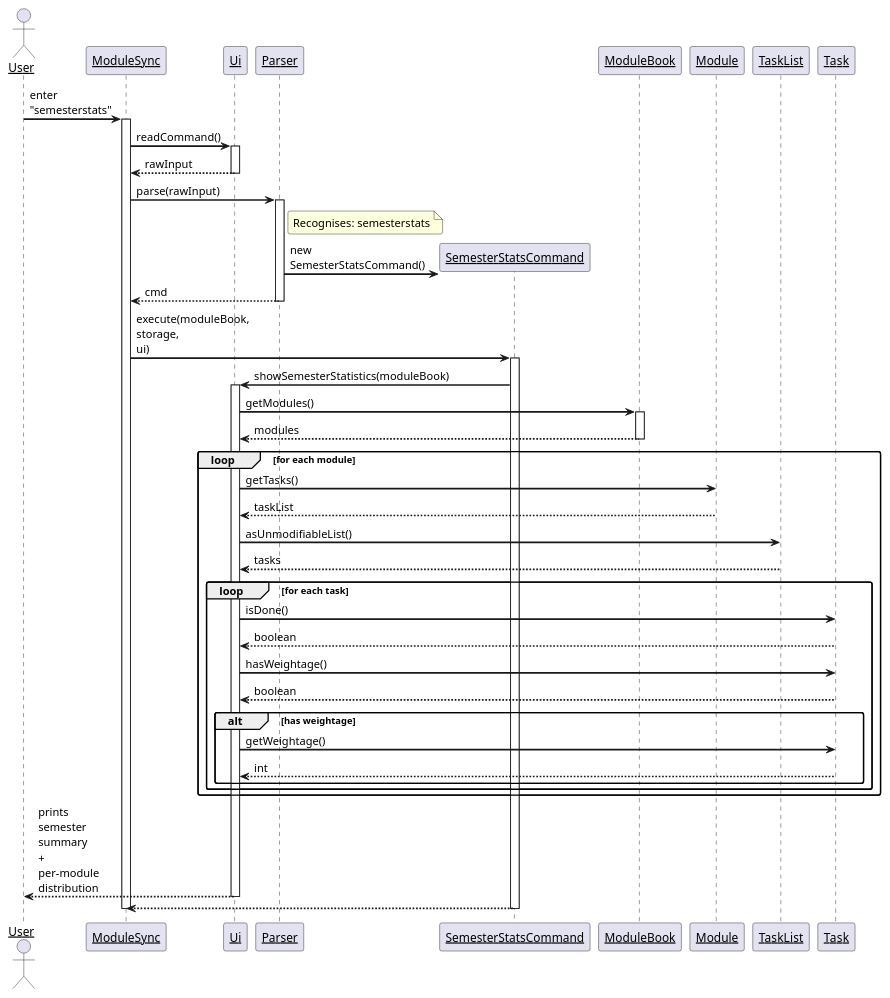
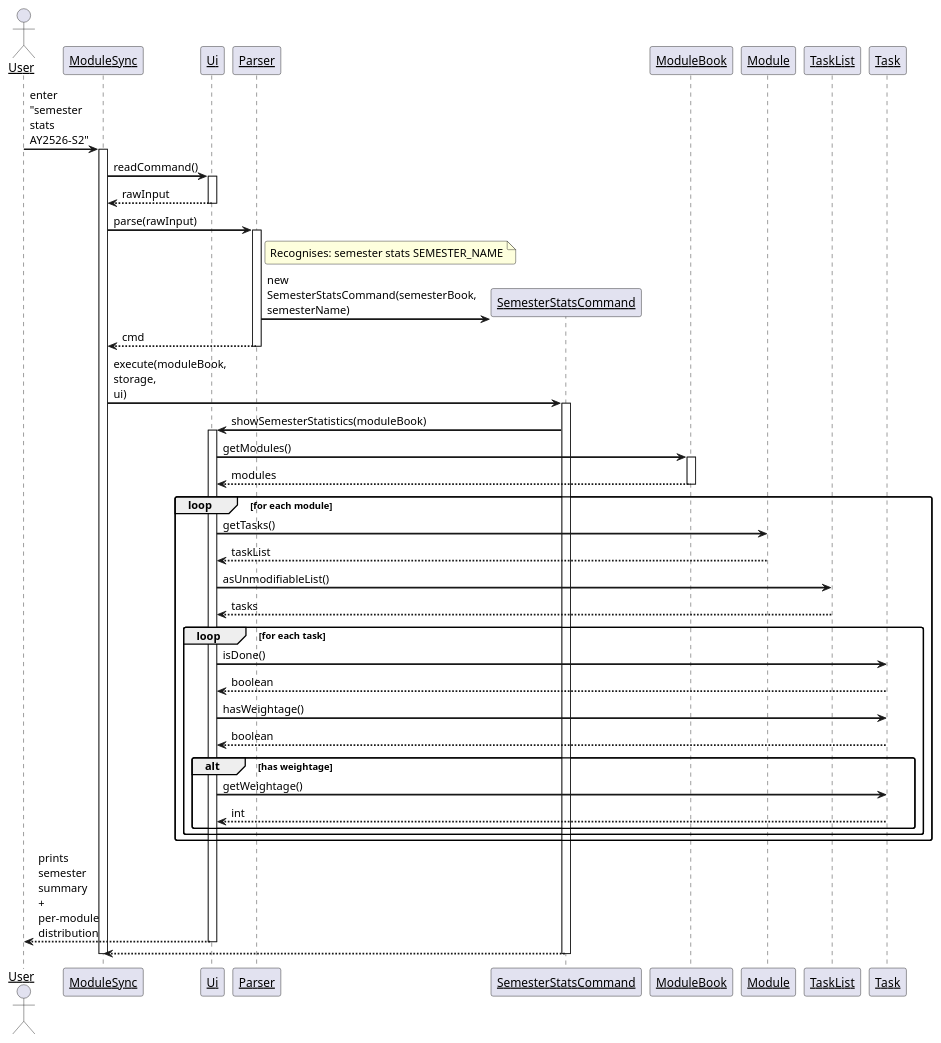
The diagram in docs/diagrams/SemesterStatsSequenceDiagram.puml (heeelol/tp), drawn with PlantUML before and after one commit. The commit also changed 13 other files, not shown here.

Commit message:
updated module list and semester stats command and added archive and unarchive for semesters

```diff
--- a/docs/diagrams/SemesterStatsSequenceDiagram.puml
+++ b/docs/diagrams/SemesterStatsSequenceDiagram.puml
@@ -1,75 +1,75 @@
 @startuml SemesterStatsSequenceDiagram
 
 skinparam sequenceArrowThickness 2
 skinparam roundcorner 5
 skinparam maxmessagesize 60
 skinparam sequenceParticipant underline
 
 Actor User as user
 Participant "ModuleSync" as app
 Participant "Ui" as ui
 Participant "Parser" as parser
 Participant "SemesterStatsCommand" as cmd
 Participant "ModuleBook" as moduleBook
 Participant "Module" as module
 Participant "TaskList" as taskList
 Participant "Task" as task
 
-user -> app : enter "semesterstats"
+user -> app : enter "semester stats AY2526-S2"
 activate app
 
 app -> ui : readCommand()
 activate ui
 ui --> app : rawInput
 deactivate ui
 
 app -> parser : parse(rawInput)
 activate parser
 
 note right of parser
-  Recognises: semesterstats
+  Recognises: semester stats SEMESTER_NAME
 end note
 
 create cmd
-parser -> cmd : new SemesterStatsCommand()
+parser -> cmd : new SemesterStatsCommand(semesterBook, semesterName)
 parser --> app : cmd
 deactivate parser
 
 app -> cmd : execute(moduleBook, storage, ui)
 activate cmd
 
 cmd -> ui : showSemesterStatistics(moduleBook)
 activate ui
 
 ui -> moduleBook : getModules()
 activate moduleBook
 moduleBook --> ui : modules
 deactivate moduleBook
 
 loop for each module
   ui -> module : getTasks()
   module --> ui : taskList
   ui -> taskList : asUnmodifiableList()
   taskList --> ui : tasks
 
   loop for each task
     ui -> task : isDone()
     task --> ui : boolean
     ui -> task : hasWeightage()
     task --> ui : boolean
     alt has weightage
       ui -> task : getWeightage()
       task --> ui : int
     end
   end
 end
 
 ui --> user : prints semester summary + per-module distribution
 deactivate ui
 
 cmd --> app
 deactivate cmd
 
 deactivate app
 
 @enduml
```
